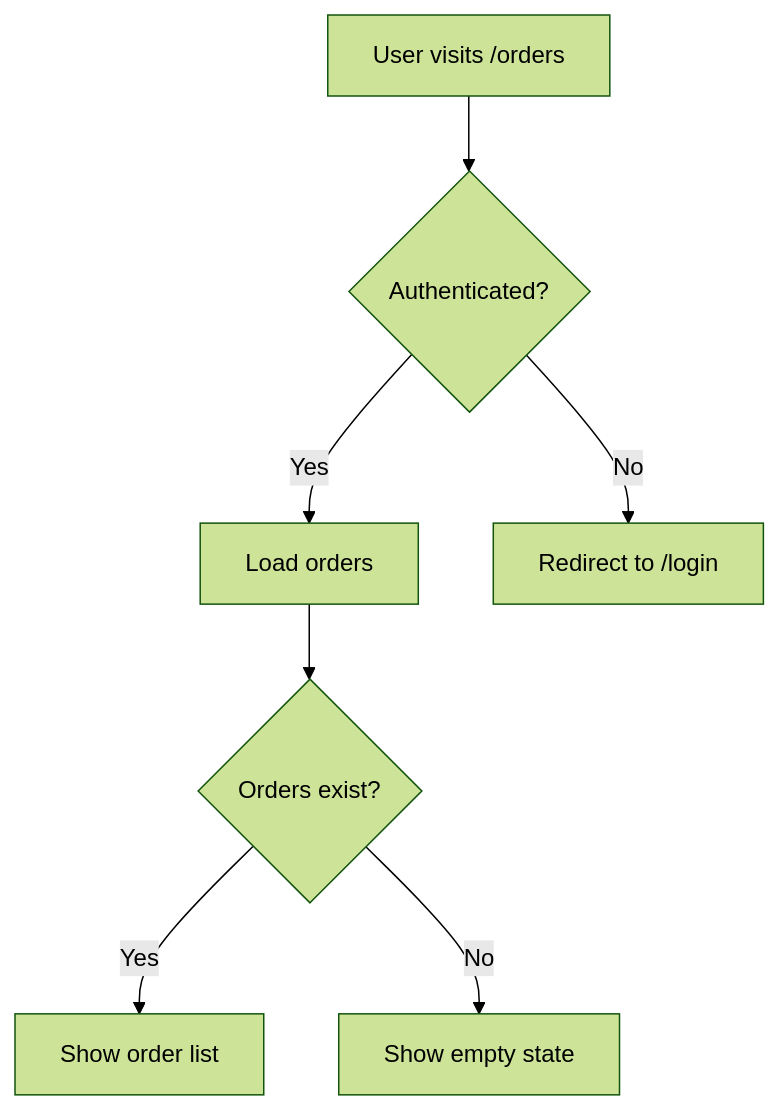
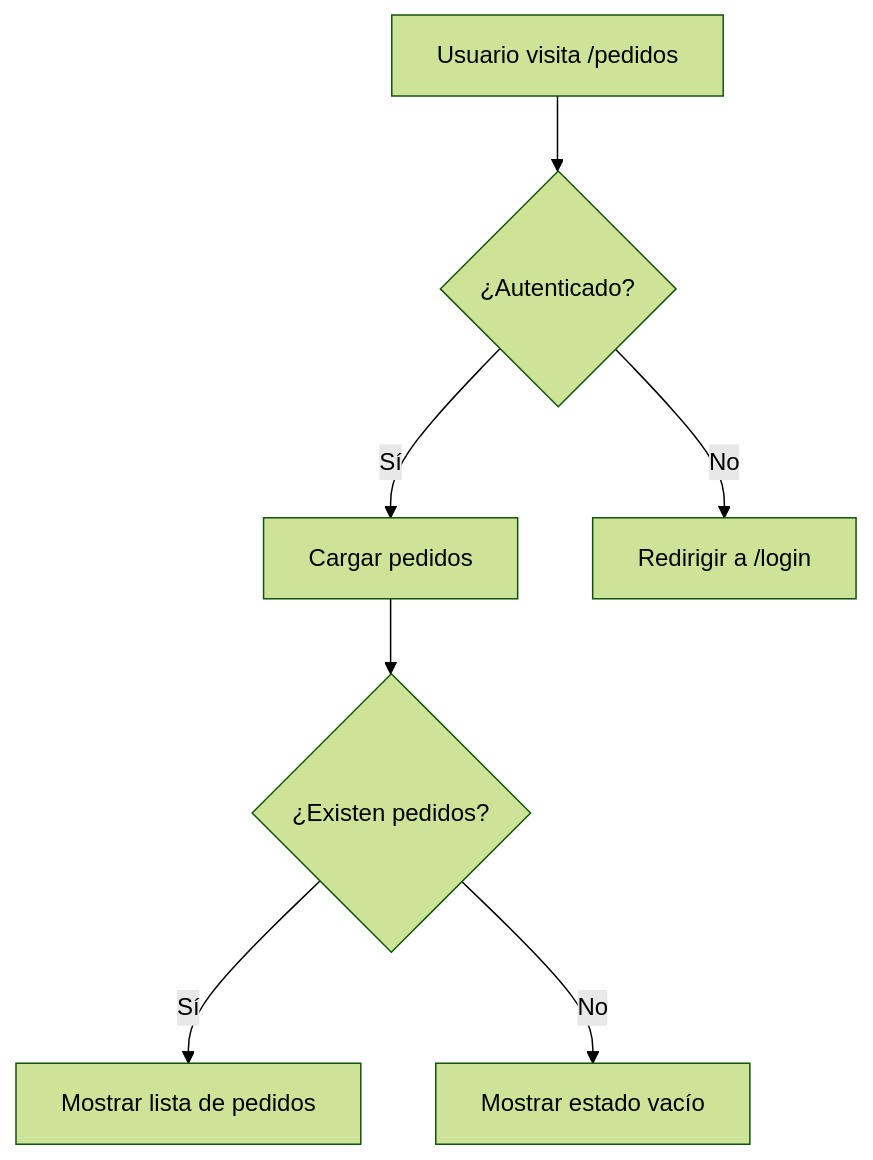
Before and after one commit to Francisco-Beltran-Millalen/AI-Assistend-workflows: the third of 4 diagrams in workflow/stages/phase-0/04-teacher.md, drawn with Mermaid (forest theme). The commit also changed other lines of this file and 70 other files, not shown here.

````diff
--- a/workflow/stages/phase-0/04-teacher.md
+++ b/workflow/stages/phase-0/04-teacher.md
@@ -315,9 +301,9 @@
 ```mermaid
 flowchart TD
-    A[User visits /orders] --> B{Authenticated?}
-    B -->|Yes| C[Load orders]
-    B -->|No| D[Redirect to /login]
-    C --> E{Orders exist?}
-    E -->|Yes| F[Show order list]
-    E -->|No| G[Show empty state]
+    A[Usuario visita /pedidos] --> B{¿Autenticado?}
+    B -->|Sí| C[Cargar pedidos]
+    B -->|No| D[Redirigir a /login]
+    C --> E{¿Existen pedidos?}
+    E -->|Sí| F[Mostrar lista de pedidos]
+    E -->|No| G[Mostrar estado vacío]
 ```
````
